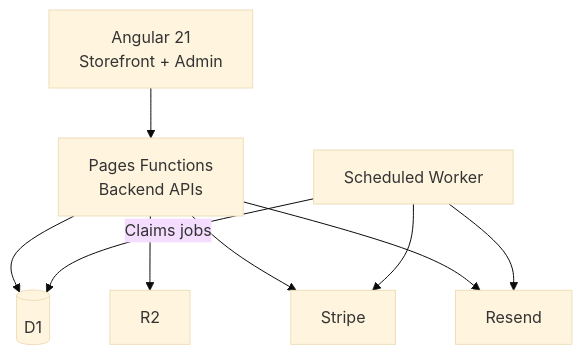
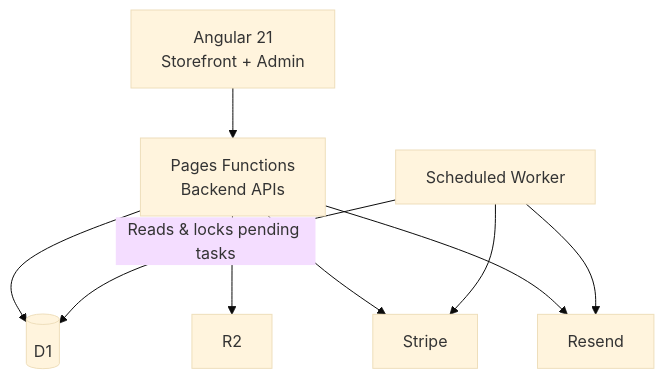
Before and after one commit to carlesgenero-arch/nais-ecommerce-case-study: the first of 3 diagrams in docs/architecture.md, drawn with Mermaid (base theme).

Commit message:
Clarify worker task description in architecture doc

````diff
--- a/docs/architecture.md
+++ b/docs/architecture.md
@@ -7,11 +7,11 @@
 ```mermaid
 flowchart TB
     ui["Angular 21<br/>Storefront + Admin"] --> api["Pages Functions<br/>Backend APIs"]
     api --> db[(D1)]
     api --> media[R2]
     api --> stripe[Stripe]
     api --> mail[Resend]
-    worker["Scheduled Worker"] -->|Claims jobs| db
+    worker["Scheduled Worker"] -->|Reads & locks pending tasks| db
     worker --> stripe
     worker --> mail
 ```
````
